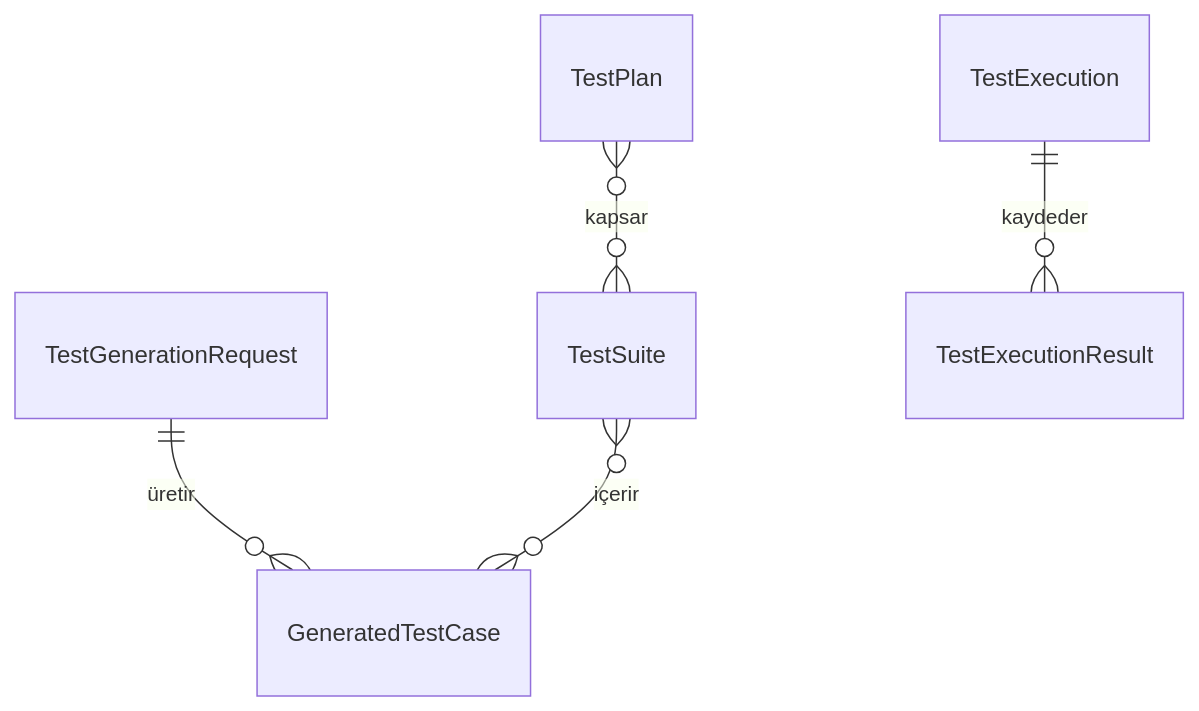
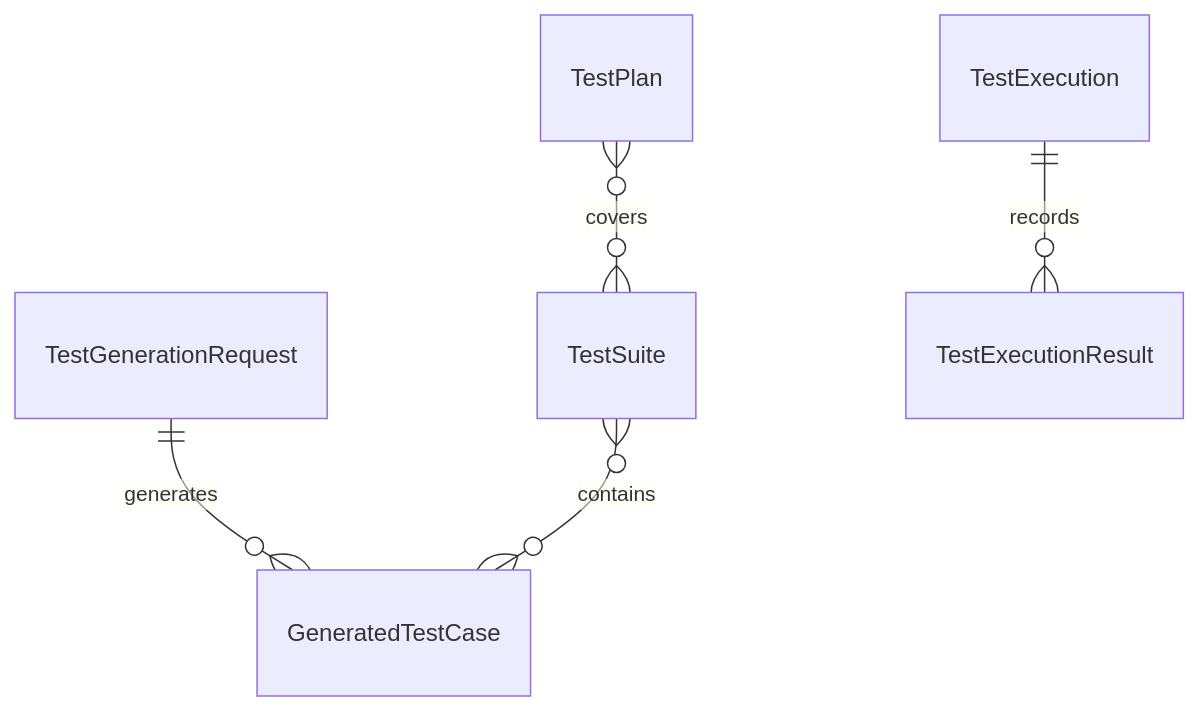
Before and after one commit to onurkavutlu/ai-test-generator: the fourth of 4 diagrams in README.md, drawn with Mermaid. The commit also changed other lines of this file and 19 other files, not shown here.

````diff
--- a/README.md
+++ b/README.md
@@ -263,7 +269,7 @@
 ```mermaid
 erDiagram
-    TestGenerationRequest ||--o{ GeneratedTestCase : üretir
-    TestSuite }o--o{ GeneratedTestCase : içerir
-    TestPlan }o--o{ TestSuite : kapsar
-    TestExecution ||--o{ TestExecutionResult : kaydeder
+    TestGenerationRequest ||--o{ GeneratedTestCase : generates
+    TestSuite }o--o{ GeneratedTestCase : contains
+    TestPlan }o--o{ TestSuite : covers
+    TestExecution ||--o{ TestExecutionResult : records
 ```
````
